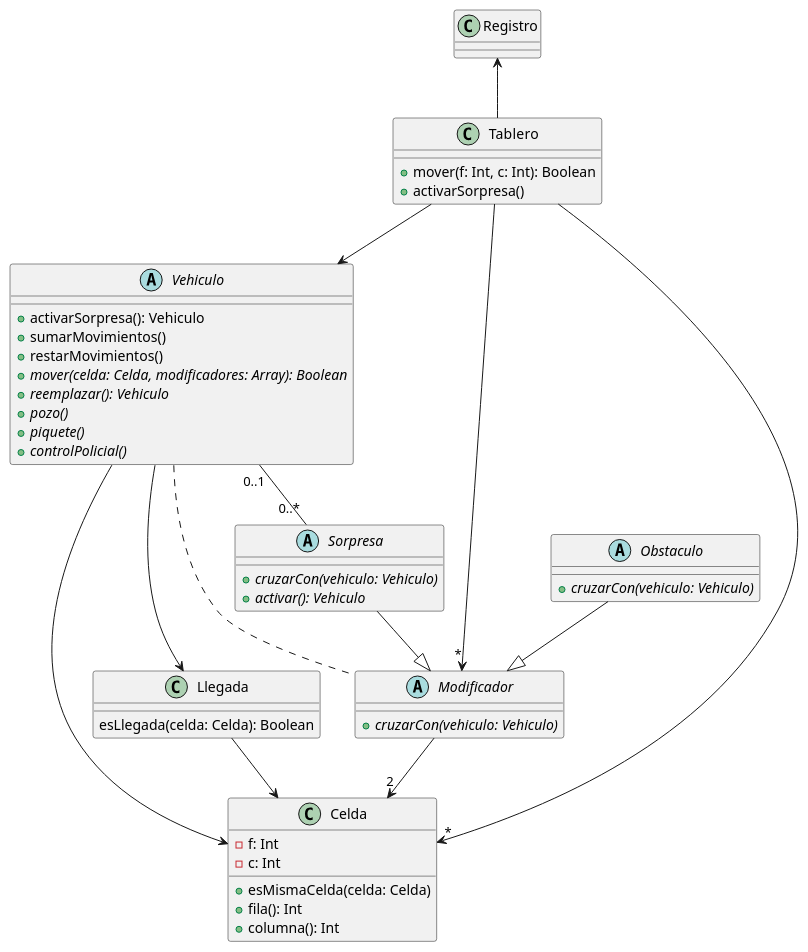
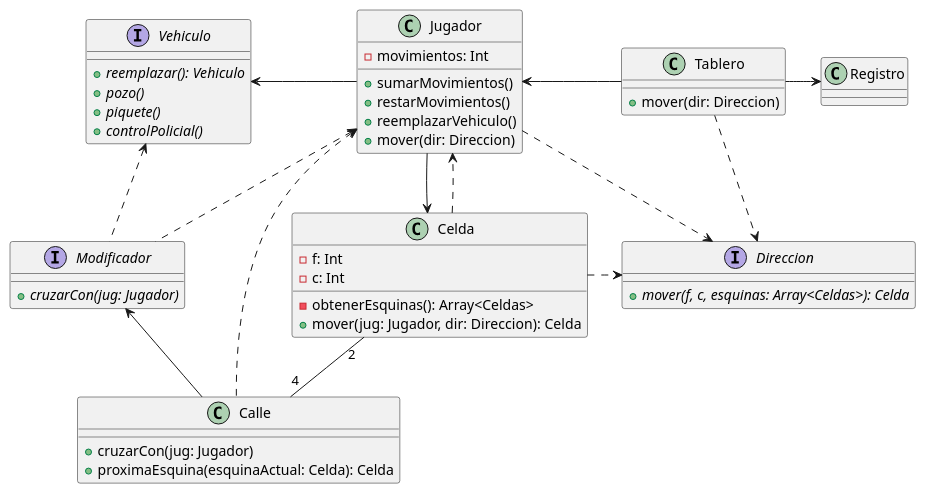
Before and after one commit to tomasayala/algo3_tp2_1C2022: the first of 4 diagrams in diagrams/classes/modelo_inicial/modelo_inicial.plantuml, drawn with PlantUML. The commit also changed other lines of this file and 14 other files, not shown here.

```diff
--- a/diagrams/classes/modelo_inicial/modelo_inicial.plantuml
+++ b/diagrams/classes/modelo_inicial/modelo_inicial.plantuml
@@ -1,64 +1,62 @@
-@startuml mod-inicial
+@startuml modelo-inicial
 
 class Tablero {
-    + mover(f: Int, c: Int): Boolean
-    + activarSorpresa()
+    + mover(dir: Direccion)
 }
 
-abstract Vehiculo {
-    + activarSorpresa(): Vehiculo
+class Jugador {
+    - movimientos: Int
+
     + sumarMovimientos()
     + restarMovimientos()
-    + {abstract} mover(celda: Celda, modificadores: Array): Boolean
+    + reemplazarVehiculo()
+    + mover(dir: Direccion)
+}
+
+class Calle {
+    + cruzarCon(jug: Jugador)
+    + proximaEsquina(esquinaActual: Celda): Celda
+}
+
+interface Vehiculo {
     + {abstract} reemplazar(): Vehiculo
     + {abstract} pozo()
     + {abstract} piquete()
     + {abstract} controlPolicial()
 }
 
-abstract Modificador {
-    + {abstract} cruzarCon(vehiculo: Vehiculo)
+interface Modificador {
+    + {abstract} cruzarCon(jug: Jugador)
 }
-
-abstract Obstaculo {
-    + {abstract} cruzarCon(vehiculo: Vehiculo)
-}
-
-abstract Sorpresa {
-    + {abstract} cruzarCon(vehiculo: Vehiculo)
-    + {abstract} activar(): Vehiculo
-}
-
 
 class Celda {
     - f: Int
     - c: Int
 
-    + esMismaCelda(celda: Celda)
-    + fila(): Int
-    + columna(): Int
-}
-
-class Llegada {
-    esLlegada(celda: Celda): Boolean
+    - obtenerEsquinas(): Array<Celdas>
+    + mover(jug: Jugador, dir: Direccion): Celda
 }
 
 class Registro {
 
 }
 
+interface Direccion {
+    + {abstract} mover(f, c, esquinas: Array<Celdas>): Celda
+}
 
-Obstaculo --|> Modificador
-Sorpresa --|> Modificador
-Tablero --> "*" Modificador
-Tablero --> Vehiculo
-Vehiculo --> Celda
-Tablero --> "*" Celda
-Modificador --> "2" Celda
-Vehiculo .. Modificador
-Vehiculo -right-> Llegada
-Llegada --> Celda
-Tablero -up-> Registro
-Vehiculo "0..1" -- "0..*" Sorpresa
+Tablero -left-> Jugador
+Jugador -left-> Vehiculo
+Jugador --> Celda
+Tablero -right-> Registro
+Calle -left-> Modificador
+Calle .left.> Jugador
+Celda ..> Jugador
+Modificador .left.> Vehiculo
+Celda "2" -- "4" Calle
+Modificador .up.> Jugador
+Tablero ..> Direccion
+Jugador ..> Direccion
+Celda .right.> Direccion
 
 @enduml
```
